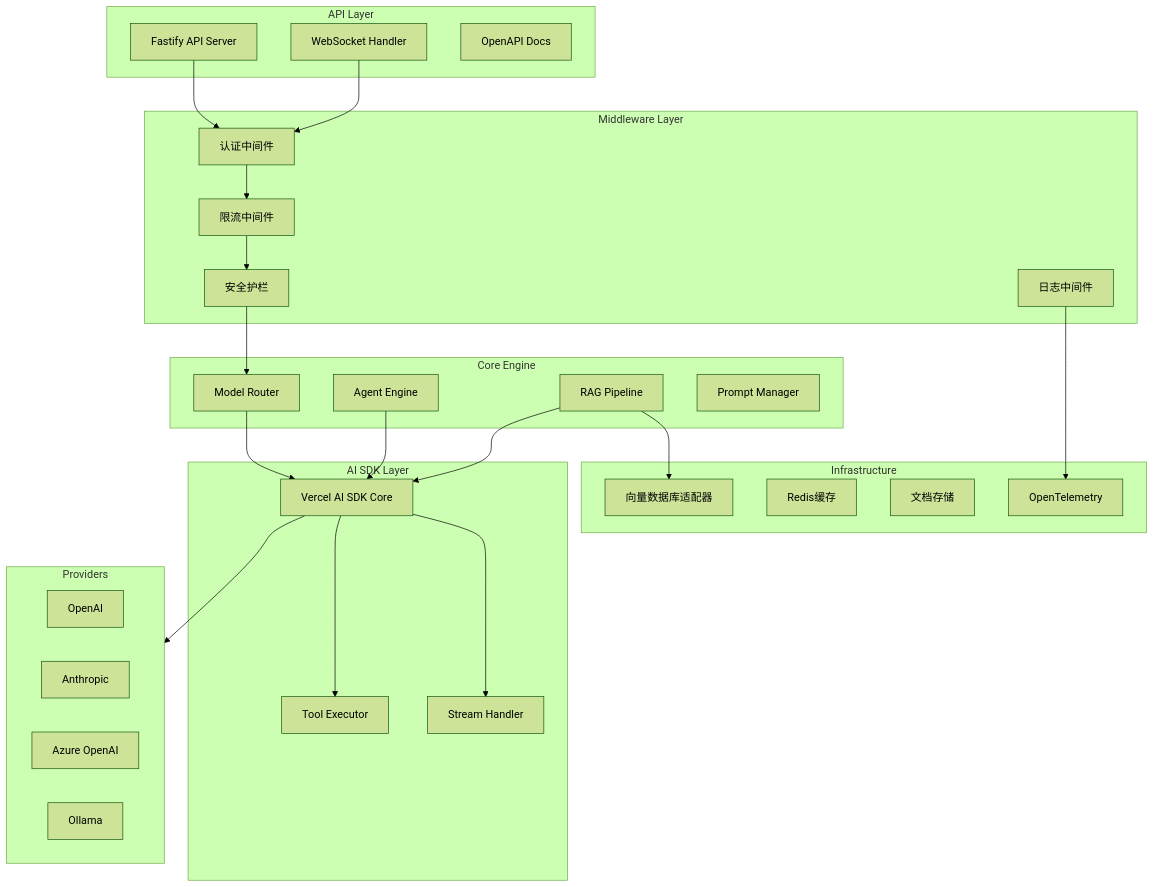
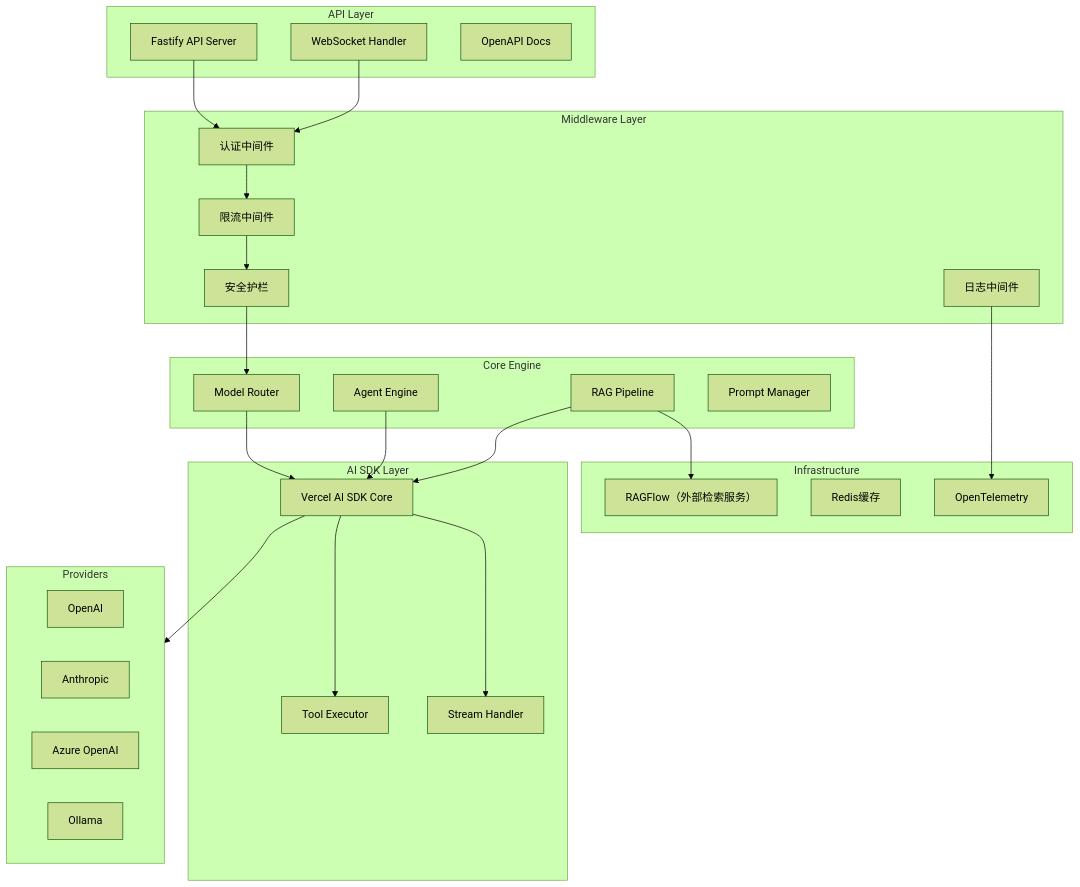
Before and after one commit to surdring/Niche: the first of 3 diagrams in kiro/specs/vertical-ai-framework/design.md, drawn with Mermaid (forest theme). The commit also changed other lines of this file and 6 other files, not shown here.

````diff
--- a/kiro/specs/vertical-ai-framework/design.md
+++ b/kiro/specs/vertical-ai-framework/design.md
@@ -19,53 +24,52 @@
 ```mermaid
 graph TB
     subgraph "API Layer"
         API[Fastify API Server]
         WS[WebSocket Handler]
         Swagger[OpenAPI Docs]
     end
 
     subgraph "Middleware Layer"
         Auth[认证中间件]
         RateLimit[限流中间件]
         Guard[安全护栏]
         Logger[日志中间件]
     end
 
     subgraph "Core Engine"
         Router[Model Router]
         Agent[Agent Engine]
         RAG[RAG Pipeline]
         Prompt[Prompt Manager]
     end
 
     subgraph "AI SDK Layer"
         SDK[Vercel AI SDK Core]
         Stream[Stream Handler]
         Tools[Tool Executor]
     end
 
     subgraph "Infrastructure"
-        VectorDB[向量数据库适配器]
+        RAGFlow[RAGFlow（外部检索服务）]
         Cache[Redis缓存]
-        Storage[文档存储]
         Telemetry[OpenTelemetry]
     end
 
     subgraph "Providers"
         OpenAI[OpenAI]
         Anthropic[Anthropic]
         Azure[Azure OpenAI]
         Ollama[Ollama]
     end
 
     API --> Auth --> RateLimit --> Guard --> Router
     WS --> Auth
     Router --> SDK
     Agent --> SDK
-    RAG --> VectorDB
+    RAG --> RAGFlow
     RAG --> SDK
     SDK --> Stream
     SDK --> Tools
     SDK --> Providers
     Logger --> Telemetry
 ```
````
